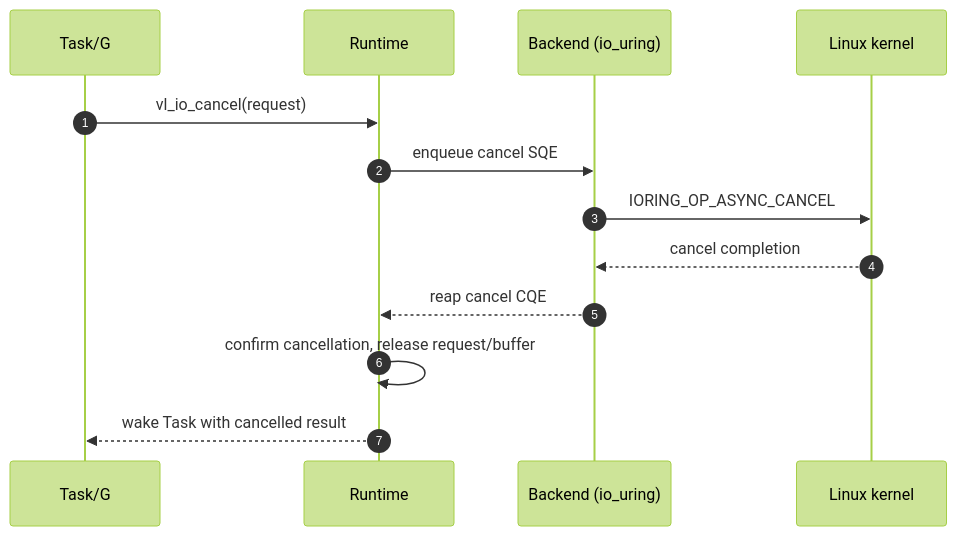
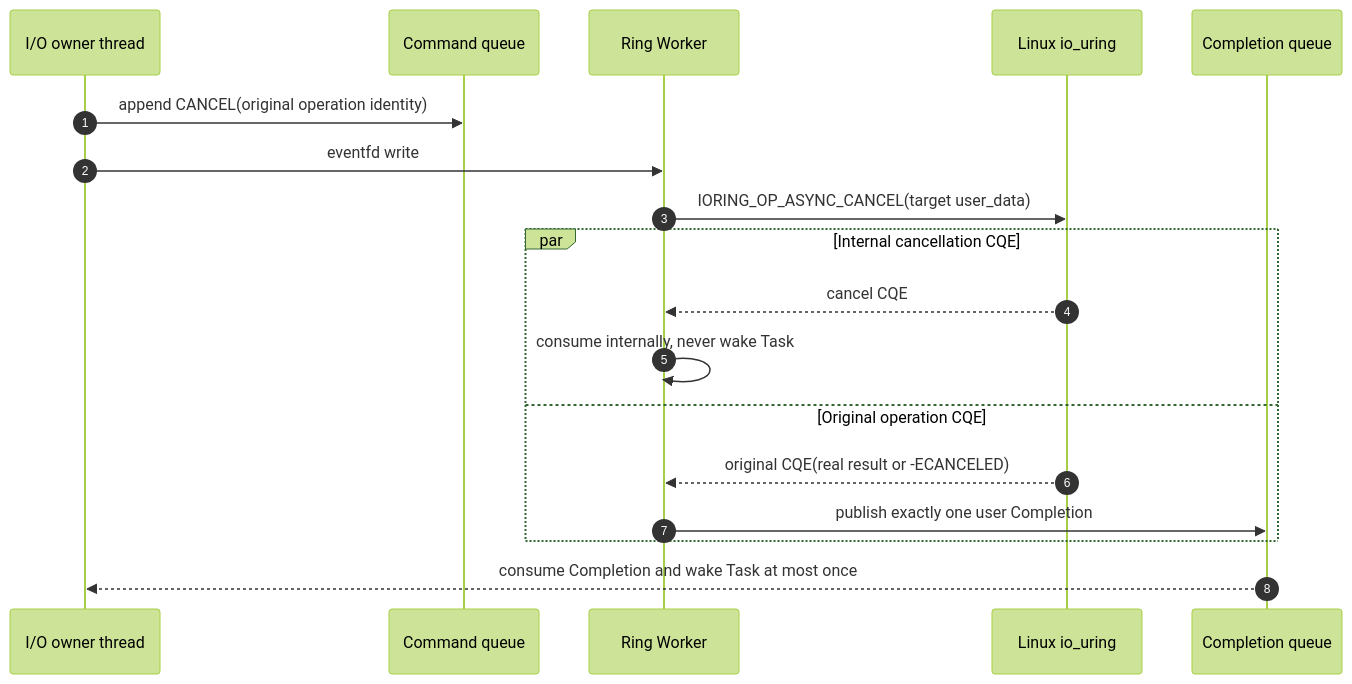
Before and after one commit to nobody0726/veloco: the second of 4 diagrams in docs/diagrams/io-completion.md, drawn with Mermaid (forest theme). The commit also changed other lines of this file and 14 other files, not shown here.

First line of the commit message:
Make kernel completion ownership explicit

````diff
--- a/docs/diagrams/io-completion.md
+++ b/docs/diagrams/io-completion.md
@@ -33,16 +48,21 @@
 ```mermaid
 sequenceDiagram
     autonumber
-    participant G as Task/G
-    participant R as Runtime
-    participant B as Backend (io_uring)
-    participant K as Linux kernel
+    participant O as I/O owner thread
+    participant Q as Command queue
+    participant W as Ring Worker
+    participant K as Linux io_uring
+    participant D as Completion queue
 
-    G->>R: vl_io_cancel(request)
-    R->>B: enqueue cancel SQE
-    B->>K: IORING_OP_ASYNC_CANCEL
-    K-->>B: cancel completion
-    B-->>R: reap cancel CQE
-    R->>R: confirm cancellation, release request/buffer
-    R-->>G: wake Task with cancelled result
+    O->>Q: append CANCEL(original operation identity)
+    O->>W: eventfd write
+    W->>K: IORING_OP_ASYNC_CANCEL(target user_data)
+    par Internal cancellation CQE
+        K-->>W: cancel CQE
+        W->>W: consume internally, never wake Task
+    and Original operation CQE
+        K-->>W: original CQE(real result or -ECANCELED)
+        W->>D: publish exactly one user Completion
+    end
+    D-->>O: consume Completion and wake Task at most once
 ```
````
